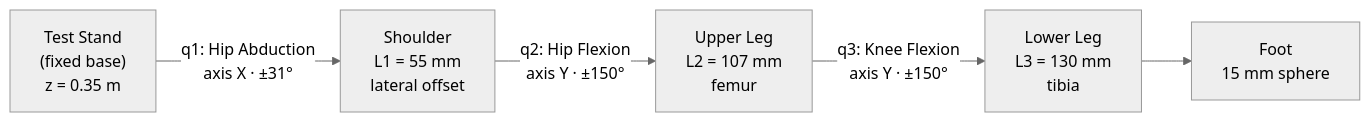
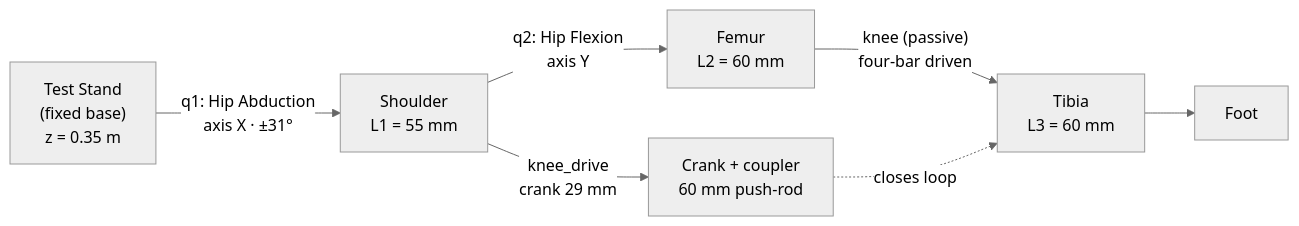
Before and after one commit to rubencg195/pybullet-robot-dog: the third of 5 diagrams in README.md, drawn with Mermaid (neutral theme). The commit also changed other lines of this file and 90 other files, not shown here.

First line of the commit message:
V0 four-bar knee drive (V1 dims); move SpotMicro ref to references/

````diff
--- a/README.md
+++ b/README.md
@@ -146,8 +146,10 @@
 ```mermaid
 flowchart LR
   BASE["Test Stand\n(fixed base)\nz = 0.35 m"]
-  BASE -->|"q1: Hip Abduction\naxis X · ±31°"| SH["Shoulder\nL1 = 55 mm\nlateral offset"]
-  SH -->|"q2: Hip Flexion\naxis Y · ±150°"| FEM["Upper Leg\nL2 = 107 mm\nfemur"]
-  FEM -->|"q3: Knee Flexion\naxis Y · ±150°"| TIB["Lower Leg\nL3 = 130 mm\ntibia"]
-  TIB --> FOOT["Foot\n15 mm sphere"]
+  BASE -->|"q1: Hip Abduction\naxis X · ±31°"| SH["Shoulder\nL1 = 55 mm"]
+  SH -->|"q2: Hip Flexion\naxis Y"| FEM["Femur\nL2 = 60 mm"]
+  FEM -->|"knee (passive)\nfour-bar driven"| TIB["Tibia\nL3 = 60 mm"]
+  SH -->|"knee_drive\ncrank 29 mm"| CRANK["Crank + coupler\n60 mm push-rod"]
+  CRANK -.->|"closes loop"| TIB
+  TIB --> FOOT["Foot"]
 ```
````
